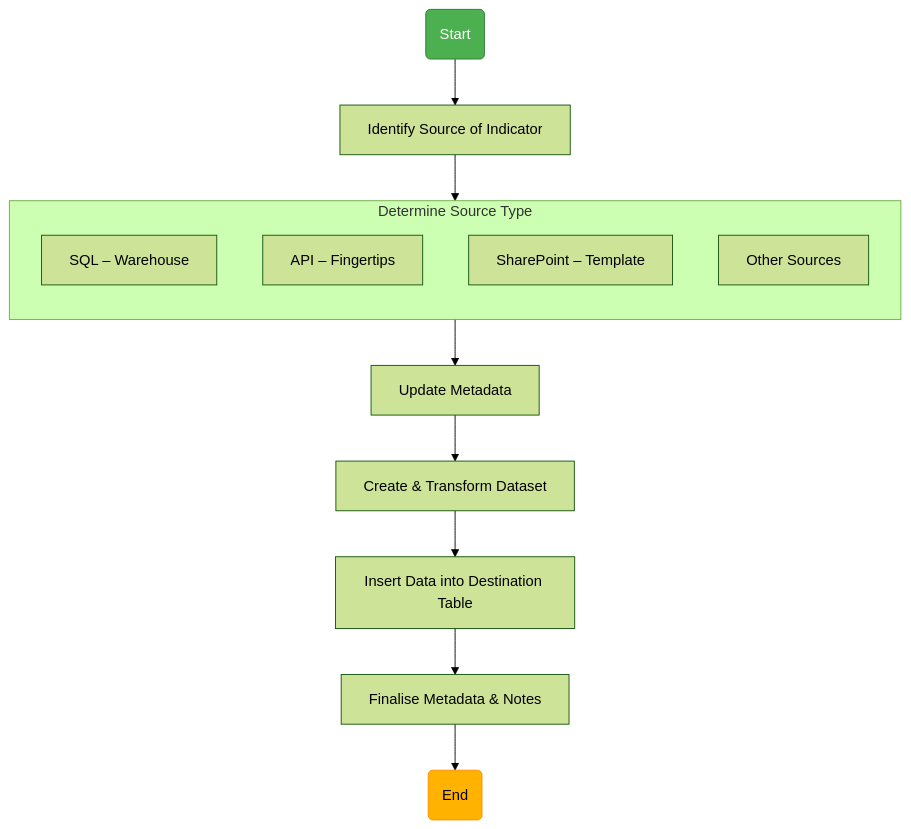
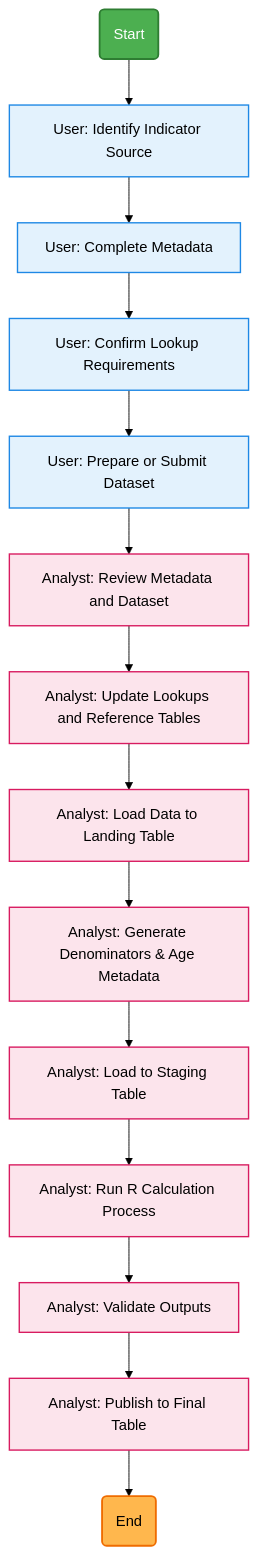
The diagram in R/Outcomes_Framework_SOP.qmd (SitiHassan/2_BSOL_Outcomes_Framework), drawn with Mermaid (forest theme) before and after one commit. The commit also changed other lines of this file, not shown here.

Commit message:
update SOP and flowchart

````diff
--- a/R/Outcomes_Framework_SOP.qmd
+++ b/R/Outcomes_Framework_SOP.qmd
@@ -41,30 +186,43 @@
 ```{mermaid}
-%%| fig-width: 7
-
+%%| fig-width: 6
+%%| fig-align: center
+%%| 
 flowchart TD
 
-    A(Start) --> B[Identify Source of Indicator]
+    A(Start) --> B[User: Identify Indicator Source]
+    B --> C[User: Complete Metadata]
+    C --> D[User: Confirm Lookup Requirements]
+    D --> E[User: Prepare or Submit Dataset]
 
-    subgraph Bsub[Determine Source Type]
-        direction TB
-        B1[SQL – Warehouse]
-        B2[API – Fingertips]
-        B3[SharePoint – Template]
-        B4[Other Sources]
-    end
+    E --> F[Analyst: Review Metadata and Dataset]
+    F --> G[Analyst: Update Lookups and Reference Tables]
+    G --> H[Analyst: Load Data to Landing Table]
+    H --> I[Analyst: Generate Denominators & Age Metadata]
+    I --> J[Analyst: Load to Staging Table]
+    J --> K[Analyst: Run R Calculation Process]
+    K --> L[Analyst: Validate Outputs]
+    L --> M[Analyst: Publish to Final Table]
+    M --> N(End)
 
-    B --> Bsub
-    Bsub --> C[Update Metadata]
-    C --> D[Create & Transform Dataset]
-    D --> E[Insert Data into Destination Table]
-    E --> F[Finalise Metadata & Notes]
-    F --> G(End)
+    %% Styles
 
-    %% Styling
-    classDef startNode fill:#4CAF50,stroke:#2E7D32,color:#ffffff;
-    classDef endNode fill:#FFB300,stroke:#FF8F00,color:#000000;
+    %% Start (Green)
+    classDef startNode fill:#4CAF50,stroke:#2E7D32,color:#ffffff,stroke-width:2px;
+
+    %% End (Orange)
+    classDef endNode fill:#FFB74D,stroke:#EF6C00,color:#000000,stroke-width:2px;
+
+    %% User (Blue)
+    classDef user fill:#E3F2FD,stroke:#1E88E5,color:#000,stroke-width:1.5px;
+
+    %% Analyst (Pink)
+    classDef analyst fill:#FCE4EC,stroke:#D81B60,color:#000,stroke-width:1.5px;
+
+    %% Apply Styles
 
     class A startNode;
-    class G endNode;
+    class N endNode;
 
+    class B,C,D,E user;
+    class F,G,H,I,J,K,L,M analyst;
 ```
````
